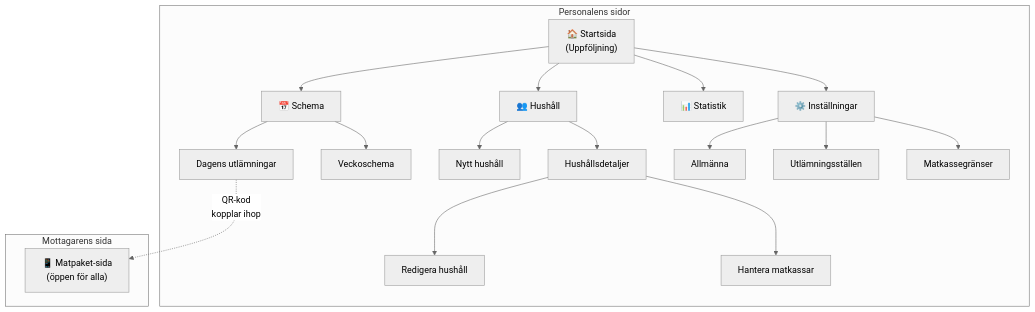
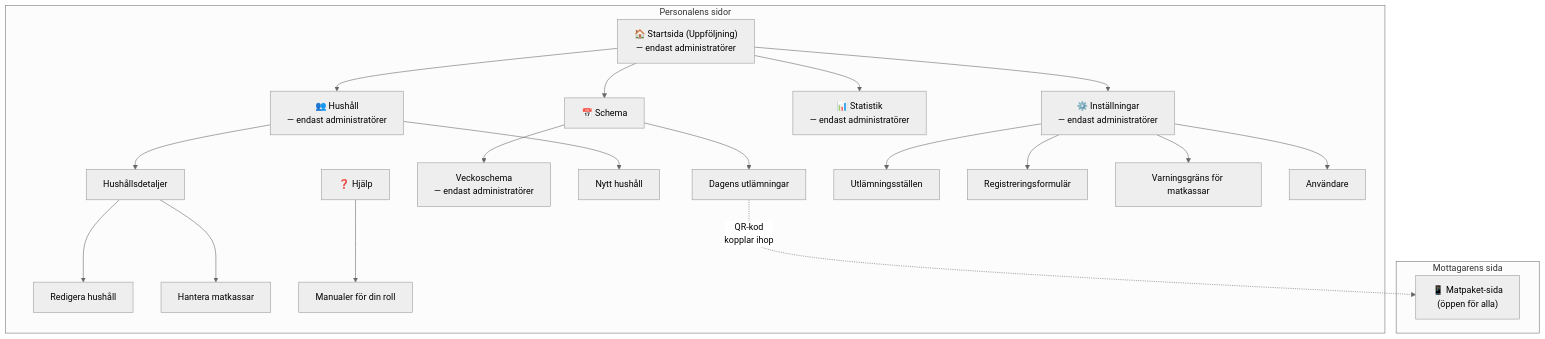
The first of 5 diagrams in docs/anvandarguide-sv.md (Vasteras-Stadsmission/matkassen), drawn with Mermaid (neutral theme) before and after one commit. The commit also changed other lines of this file, not shown here.

````diff
--- a/docs/anvandarguide-sv.md
+++ b/docs/anvandarguide-sv.md
@@ -11,34 +24,38 @@
 ```mermaid
 flowchart TB
     subgraph Personalens sidor
-        Start["🏠 Startsida<br/>(Uppföljning)"]
+        Start["🏠 Startsida (Uppföljning)<br/>— endast administratörer"]
 
         Schema["📅 Schema"]
-        Hushall["👥 Hushåll"]
-        Statistik["📊 Statistik"]
-        Installningar["⚙️ Inställningar"]
+        Hjalp["❓ Hjälp"]
+        Hushall["👥 Hushåll<br/>— endast administratörer"]
+        Statistik["📊 Statistik<br/>— endast administratörer"]
+        Installningar["⚙️ Inställningar<br/>— endast administratörer"]
 
         Start --> Schema
         Start --> Hushall
         Start --> Statistik
         Start --> Installningar
 
         Schema --> DagensUtlamningar["Dagens utlämningar"]
-        Schema --> Veckoschema["Veckoschema"]
+        Schema --> Veckoschema["Veckoschema<br/>— endast administratörer"]
 
         Hushall --> NyttHushall["Nytt hushåll"]
         Hushall --> HushallDetalj["Hushållsdetaljer"]
         HushallDetalj --> RedigeraHushall["Redigera hushåll"]
         HushallDetalj --> HanteraMatkassar["Hantera matkassar"]
 
-        Installningar --> AllmannaInst["Allmänna"]
         Installningar --> Platser["Utlämningsställen"]
-        Installningar --> Matkassegranser["Matkassegränser"]
+        Installningar --> Registreringsformular["Registreringsformulär"]
+        Installningar --> Matkassegranser["Varningsgräns för matkassar"]
+        Installningar --> Anvandare["Användare"]
+
+        Hjalp --> Manualer["Manualer för din roll"]
     end
 
     subgraph Mottagarens sida
         Mottagare["📱 Matpaket-sida<br/>(öppen för alla)"]
     end
 
     DagensUtlamningar -.->|"QR-kod<br/>kopplar ihop"| Mottagare
 ```
````
